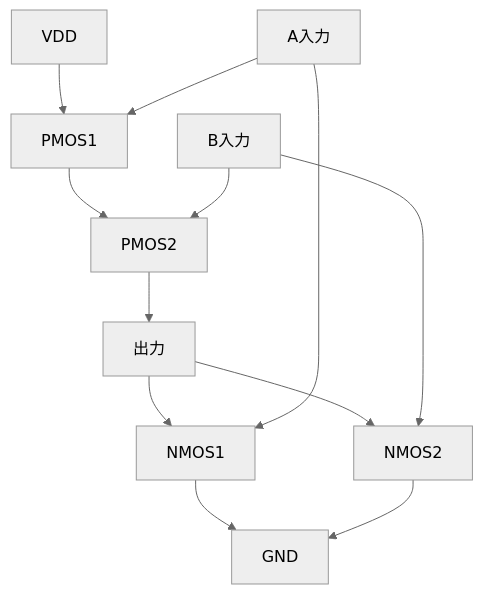
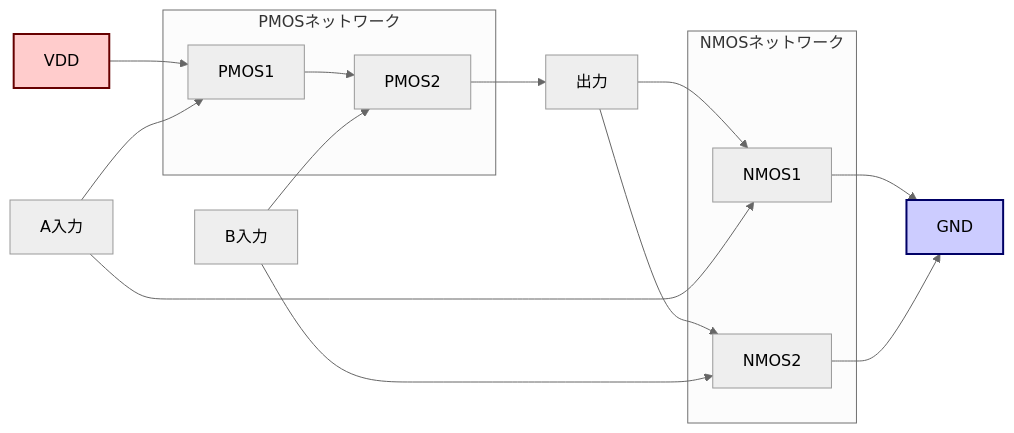
Before and after one commit to Samizo-AITL/Edusemi-v4x: the diagram in chapter2_comb_logic/2.1_logic_gates.md, drawn with Mermaid (neutral theme).

````diff
--- a/chapter2_comb_logic/2.1_logic_gates.md
+++ b/chapter2_comb_logic/2.1_logic_gates.md
@@ -88,25 +88,38 @@
 ```mermaid
-graph TD
-    %% 入力と電源
-    VDD[VDD]
-    VSS[GND]
+flowchart LR
+    %% 電源
+    VDD[VDD]:::power
+    GND[GND]:::ground
+    
+    %% 入力
     A[A入力]
     B[B入力]
+    
+    %% 出力
     OUT[出力]
 
-    %% --- PMOSブロック（直列） ---
-    VDD --> P1[PMOS1]
-    P1 --> P2[PMOS2]
-    P2 --> OUT
+    %% --- PMOSブロック（上） ---
+    subgraph PUN[PMOSネットワーク]
+        P1[PMOS1]
+        P2[PMOS2]
+    end
+    VDD --> P1 --> P2 --> OUT
 
-    %% --- NMOSブロック（並列） ---
+    %% --- NMOSブロック（下） ---
+    subgraph PDN[NMOSネットワーク]
+        N1[NMOS1]
+        N2[NMOS2]
+    end
+    OUT --> N1 --> GND
+    OUT --> N2 --> GND
+
+    %% 入力制御線
     A --> P1
     B --> P2
-    
-    OUT --> N1[NMOS1]
-    OUT --> N2[NMOS2]
-    N1 --> VSS
-    N2 --> VSS
     A --> N1
     B --> N2
+
+    %% スタイル定義
+    classDef power fill:#ffcccc,stroke:#660000,stroke-width:2px;
+    classDef ground fill:#ccccff,stroke:#000066,stroke-width:2px;
 ```
````
